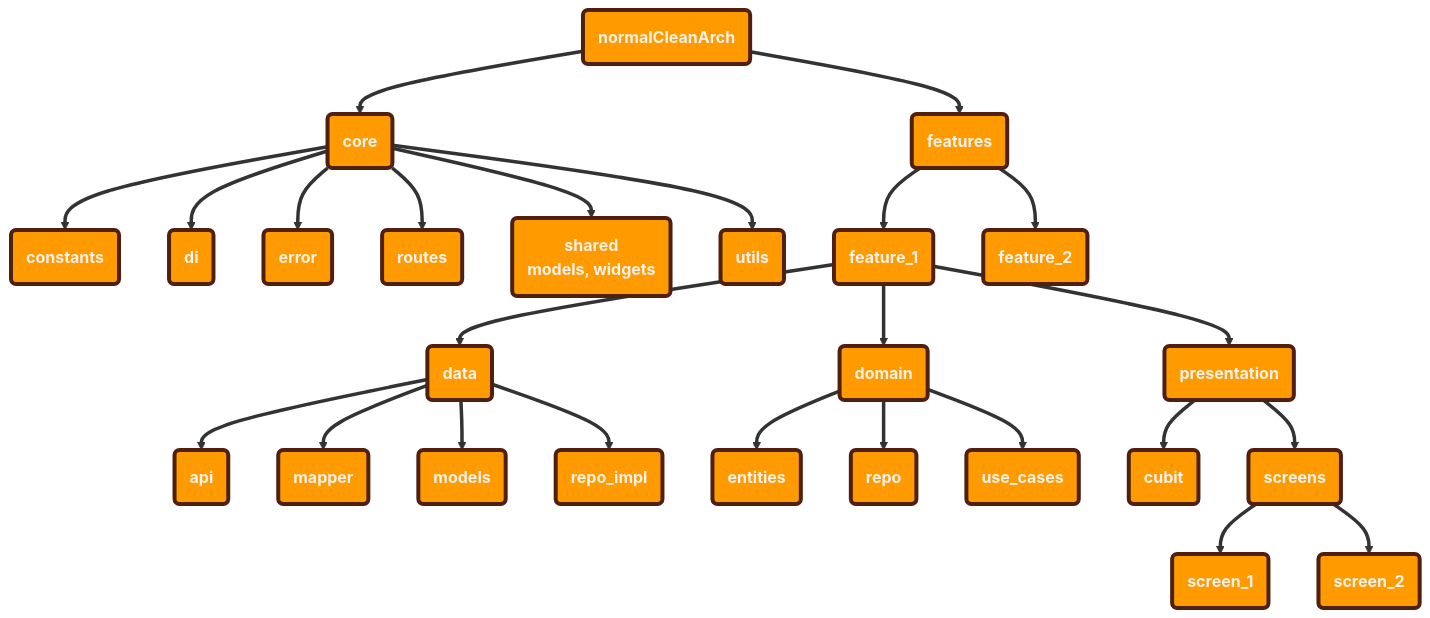
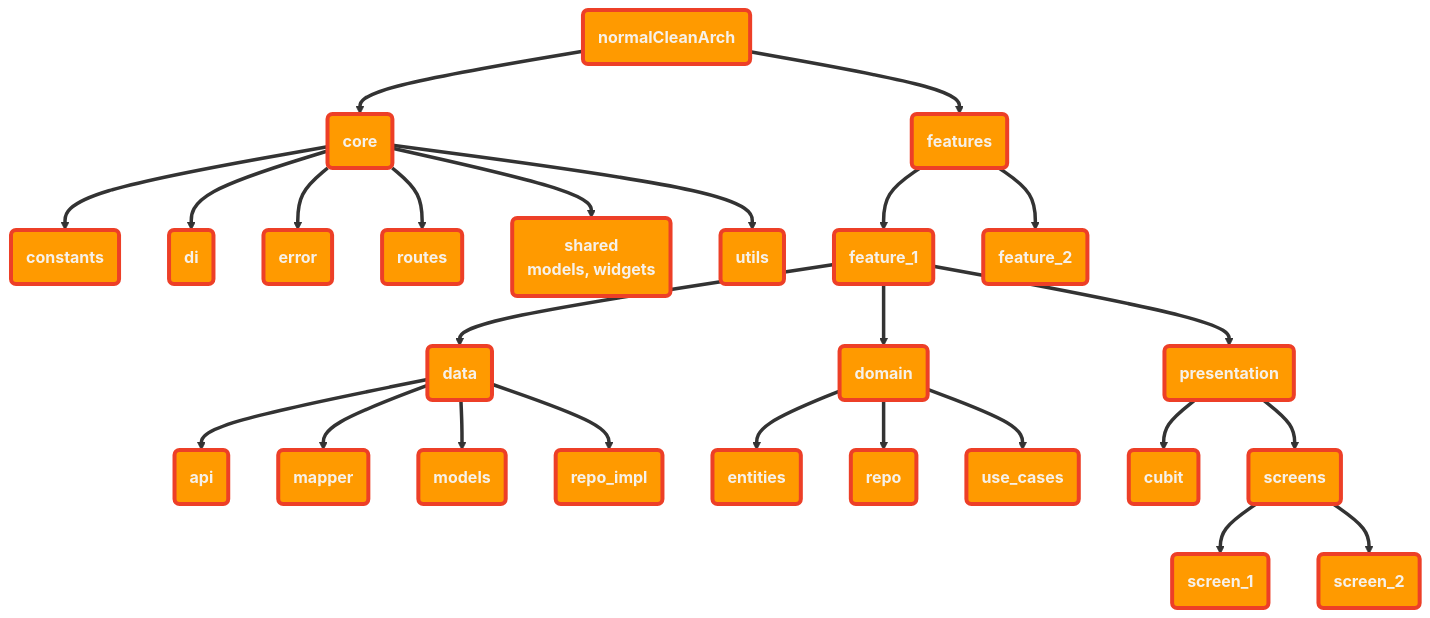
Before and after one commit to Mahm0udbakir/clean_arch: the diagram in README.md, drawn with Mermaid.

Commit message:
Update class definition stroke colors in README.md architecture diagram to a vibrant red theme, enhancing visual distinction and coherence across core, features, and library components.

````diff
--- a/README.md
+++ b/README.md
@@ -5,36 +5,36 @@
 ```mermaid
 graph TD
     A(normalCleanArch) ==> B(core)
     A ==> C(features)
 
     B ==> B1(constants)
     B ==> B2(di)
     B ==> B3(error)
     B ==> B4(routes)
     B ==> B5("shared<br/>models, widgets")
     B ==> B6(utils)
 
     C ==> C1(feature_1)
     C1 ==> C1a(data)
     C1a ==> C1a1(api)
     C1a ==> C1a2(mapper)
     C1a ==> C1a3(models)
     C1a ==> C1a4(repo_impl)
     C1 ==> C1b(domain)
     C1b ==> C1b1(entities)
     C1b ==> C1b2(repo)
     C1b ==> C1b3(use_cases)
     C1 ==> C1c(presentation)
     C1c ==> C1c1(cubit)
     C1c ==> C1c2(screens)
     C1c2 ==> C1c2a(screen_1)
     C1c2 ==> C1c2b(screen_2)
 
     C ==> C2(feature_2)
 
-    classDef core fill:#FF9A00,stroke:#4F200D,stroke-width:4px,color:#F6F1E9,font-weight:bold;
-    classDef features fill:#FF9A00,stroke:#4F200D,stroke-width:4px,color:#F6F1E9,font-weight:bold;
-    classDef lib fill:#FF9A00,stroke:#4F200D,stroke-width:4px,color:#F6F1E9,font-weight:bold;
+    classDef core fill:#FF9A00,stroke:#ED3F27,stroke-width:4px,color:#F6F1E9,font-weight:bold;
+    classDef features fill:#FF9A00,stroke:#ED3F27,stroke-width:4px,color:#F6F1E9,font-weight:bold;
+    classDef lib fill:#FF9A00,stroke:#ED3F27,stroke-width:4px,color:#F6F1E9,font-weight:bold;
     class A,B,B1,B2,B3,B4,B5,B6 core;
     class C,C1,C1a,C1a1,C1a2,C1a3,C1a4,C1b,C1b1,C1b2,C1b3,C1c,C1c1,C1c2,C1c2a,C1c2b,C2 features;
 ```
````
